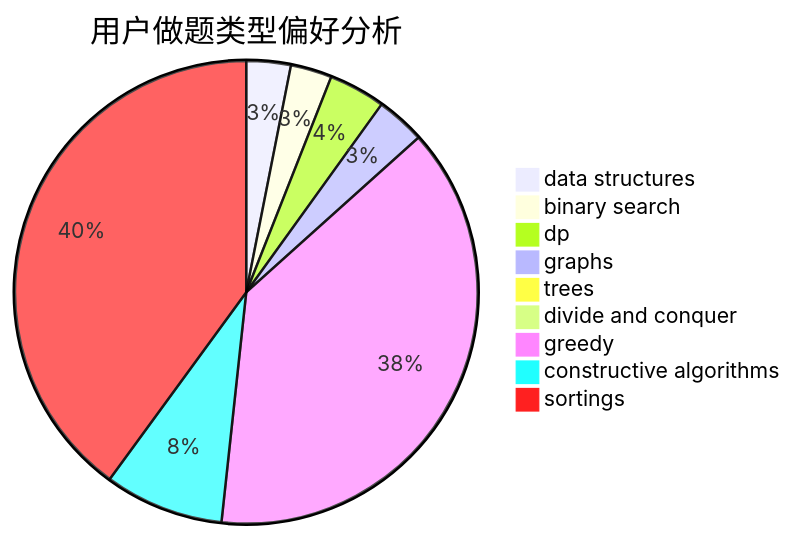
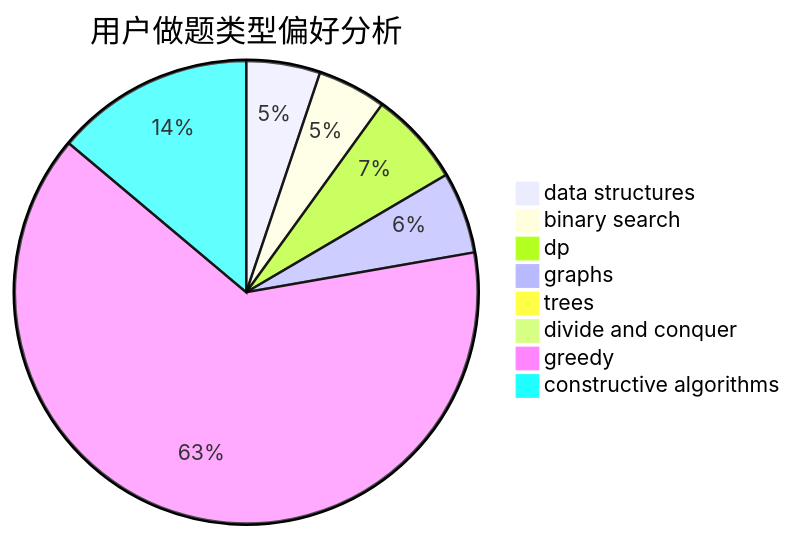
Before and after one commit to sherpahu/cfrs.github.io: the second of 3 diagrams in docs/user/u690.md, drawn with Mermaid. The commit also changed other lines of this file and 2769 other files, not shown here.

````diff
--- a/docs/user/u690.md
+++ b/docs/user/u690.md
@@ -18,12 +18,11 @@
 ```mermaid
 pie title 用户做题类型偏好分析
     "data structures" :  29
     "binary search" :  27
     "dp" :  37
     "graphs" :  32
     "trees" :  5
     "divide and conquer" :  0
     "greedy" :  359
     "constructive algorithms" :  78
-    "sortings" :  374
 ```
````
